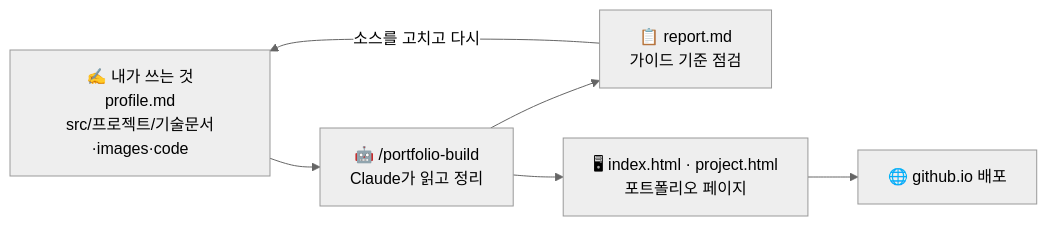
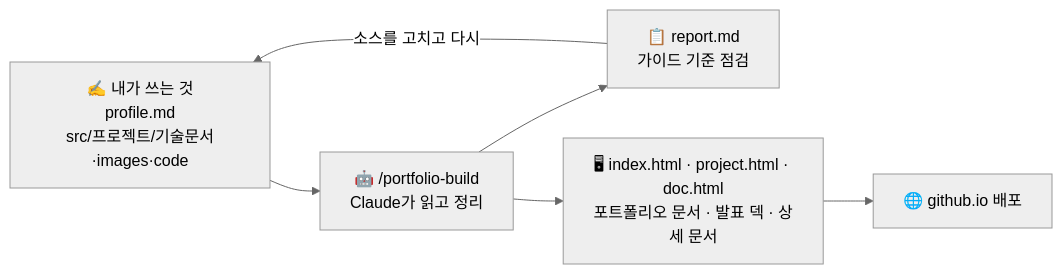
The diagram in README.md (chesherneko/Portfolio), drawn with Mermaid (neutral theme) before and after one commit. The commit also changed other lines of this file and 34 other files, not shown here.

````diff
--- a/README.md
+++ b/README.md
@@ -7,8 +7,8 @@
 ```mermaid
 flowchart LR
     A["✍ 내가 쓰는 것<br/>profile.md<br/>src/프로젝트/기술문서·images·code"] --> B["🤖 /portfolio-build<br/>Claude가 읽고 정리"]
     B --> C["📋 report.md<br/>가이드 기준 점검"]
-    B --> D["🖥 index.html · project.html<br/>포트폴리오 페이지"]
+    B --> D["🖥 index.html · project.html · doc.html<br/>포트폴리오 문서 · 발표 덱 · 상세 문서"]
     C -->|"소스를 고치고 다시"| A
     D --> E["🌐 github.io 배포"]
 ```
````
